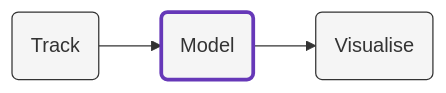
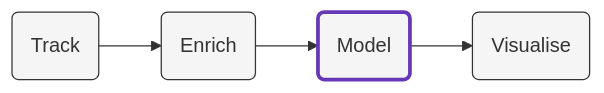
One commit to snowplow-incubator/consent-tracking-accelerator changed the diagram in content/modeling/_index.md. Above: the diagram before and after it, drawn with Mermaid. The commit also changed other lines of this file and 5 other files, not shown here.

```diff
--- a/content/modeling/_index.md
+++ b/content/modeling/_index.md
@@ -12,8 +12,9 @@
 {{<mermaid>}}
 flowchart LR
-    id1(Track)-->id2(Model)-->id3(Visualise)
-    style id2 fill:#f5f5f5,stroke:#6638B8,stroke-width:3px
+    id1(Track)-->id2(Enrich)-->id3(Model)-->id4(Visualise)
     style id1 fill:#f5f5f5,stroke:#333,stroke-width:1px
-    style id3 fill:#f5f5f5,stroke:#333,stroke-width:1px
+    style id2 fill:#f5f5f5,stroke:#333,stroke-width:1px
+    style id3 fill:#f5f5f5,stroke:#6638B8,stroke-width:3px
+    style id4 fill:#f5f5f5,stroke:#333,stroke-width:1px
 
 {{</mermaid >}}
```
